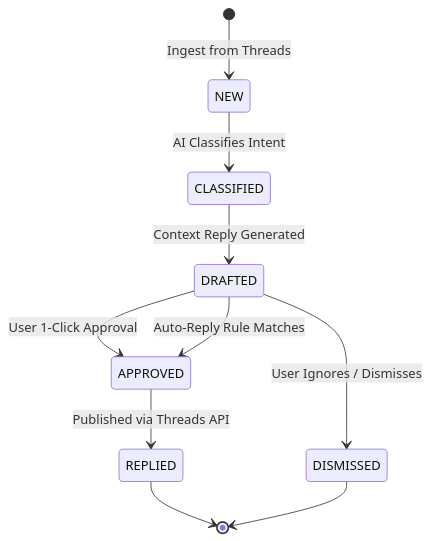
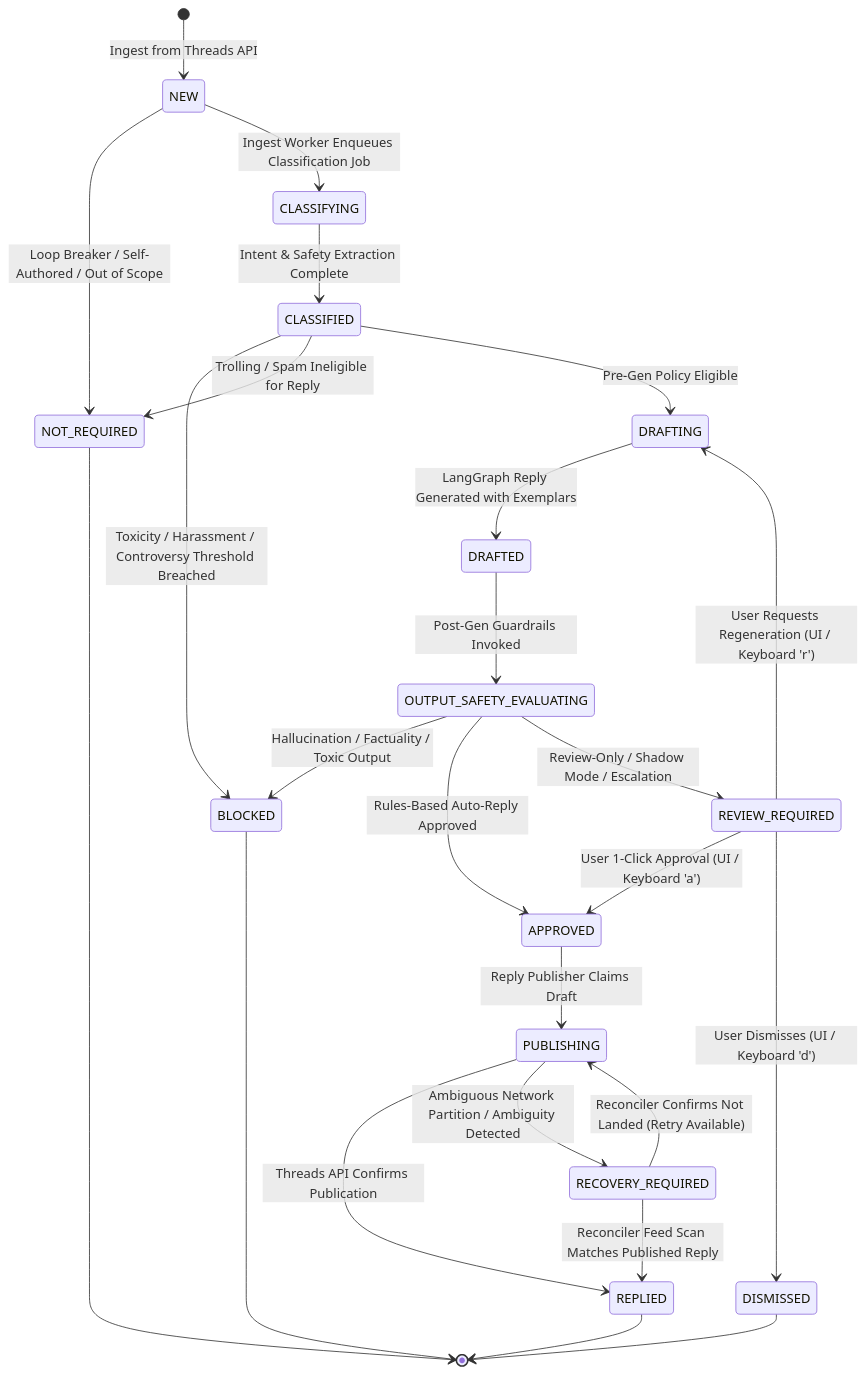
Before and after one commit to shivkantdhakre/ThreadPilot: the third of 4 diagrams in FRD.md, drawn with Mermaid. The commit also changed other lines of this file and 3 other files, not shown here.

````diff
--- a/FRD.md
+++ b/FRD.md
@@ -522,12 +630,27 @@
 ```mermaid
 stateDiagram-v2
-    [*] --> NEW : Ingest from Threads
-    NEW --> CLASSIFIED : AI Classifies Intent
-    CLASSIFIED --> DRAFTED : Context Reply Generated
-    DRAFTED --> APPROVED : User 1-Click Approval
-    DRAFTED --> APPROVED : Auto-Reply Rule Matches
-    DRAFTED --> DISMISSED : User Ignores / Dismisses
-    APPROVED --> REPLIED : Published via Threads API
+    [*] --> NEW : Ingest from Threads API
+    NEW --> NOT_REQUIRED : Loop Breaker / Self-Authored / Out of Scope
+    NEW --> CLASSIFYING : Ingest Worker Enqueues Classification Job
+    CLASSIFYING --> CLASSIFIED : Intent & Safety Extraction Complete
+    CLASSIFIED --> BLOCKED : Toxicity / Harassment / Controversy Threshold Breached
+    CLASSIFIED --> NOT_REQUIRED : Trolling / Spam Ineligible for Reply
+    CLASSIFIED --> DRAFTING : Pre-Gen Policy Eligible
+    DRAFTING --> DRAFTED : LangGraph Reply Generated with Exemplars
+    DRAFTED --> OUTPUT_SAFETY_EVALUATING : Post-Gen Guardrails Invoked
+    OUTPUT_SAFETY_EVALUATING --> BLOCKED : Hallucination / Factuality / Toxic Output
+    OUTPUT_SAFETY_EVALUATING --> APPROVED : Rules-Based Auto-Reply Approved
+    OUTPUT_SAFETY_EVALUATING --> REVIEW_REQUIRED : Review-Only / Shadow Mode / Escalation
+    REVIEW_REQUIRED --> APPROVED : User 1-Click Approval (UI / Keyboard 'a')
+    REVIEW_REQUIRED --> DISMISSED : User Dismisses (UI / Keyboard 'd')
+    REVIEW_REQUIRED --> DRAFTING : User Requests Regeneration (UI / Keyboard 'r')
+    APPROVED --> PUBLISHING : Reply Publisher Claims Draft
+    PUBLISHING --> REPLIED : Threads API Confirms Publication
+    PUBLISHING --> RECOVERY_REQUIRED : Ambiguous Network Partition / Ambiguity Detected
+    RECOVERY_REQUIRED --> REPLIED : Reconciler Feed Scan Matches Published Reply
+    RECOVERY_REQUIRED --> PUBLISHING : Reconciler Confirms Not Landed (Retry Available)
     REPLIED --> [*]
     DISMISSED --> [*]
+    BLOCKED --> [*]
+    NOT_REQUIRED --> [*]
 ```
````
